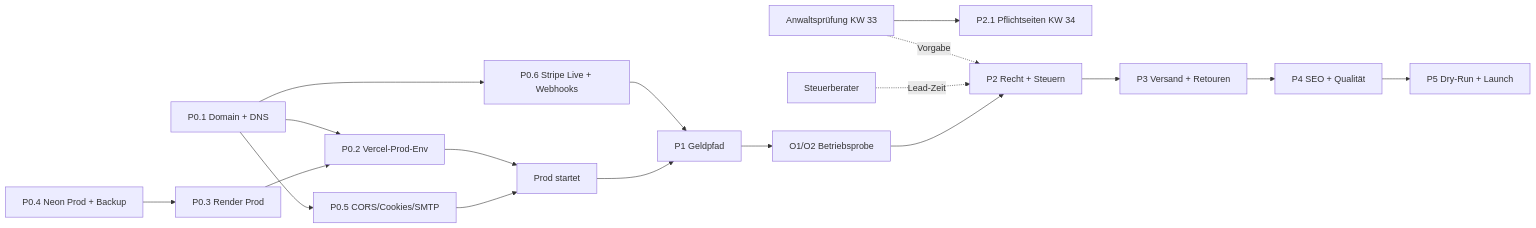
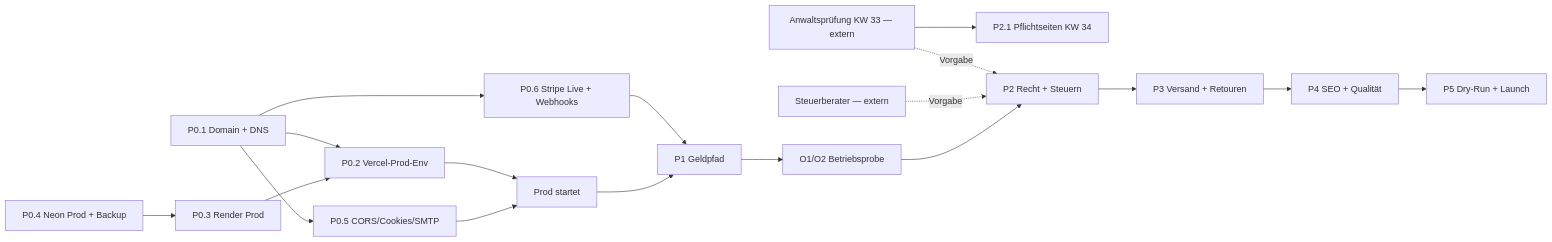
One commit to Elysion-UG/elysion-frontend changed the diagram in docs/LAUNCH_PLAN.md. Above: the diagram before and after it, drawn with Mermaid. The commit also changed other lines of this file, not shown here.

````diff
--- a/docs/LAUNCH_PLAN.md
+++ b/docs/LAUNCH_PLAN.md
@@ -67,20 +69,20 @@
 ```mermaid
 graph LR
     A[P0.1 Domain + DNS] --> B[P0.2 Vercel-Prod-Env]
     A --> C[P0.5 CORS/Cookies/SMTP]
     A --> D[P0.6 Stripe Live + Webhooks]
     E[P0.3 Render Prod] --> B
     F[P0.4 Neon Prod + Backup] --> E
     B --> G[Prod startet]
     C --> G
     D --> H[P1 Geldpfad]
     G --> H
     H --> I[O1/O2 Betriebsprobe]
-    J[Anwaltsprüfung KW 33] --> P[P2.1 Pflichtseiten KW 34]
+    J["Anwaltsprüfung KW 33 — extern"] --> P[P2.1 Pflichtseiten KW 34]
     J -.Vorgabe.-> K[P2 Recht + Steuern]
-    L[Steuerberater] -.Lead-Zeit.-> K
+    L["Steuerberater — extern"] -.Vorgabe.-> K
     I --> K
     K --> M[P3 Versand + Retouren]
     M --> N[P4 SEO + Qualität]
     N --> O[P5 Dry-Run + Launch]
 ```
````
